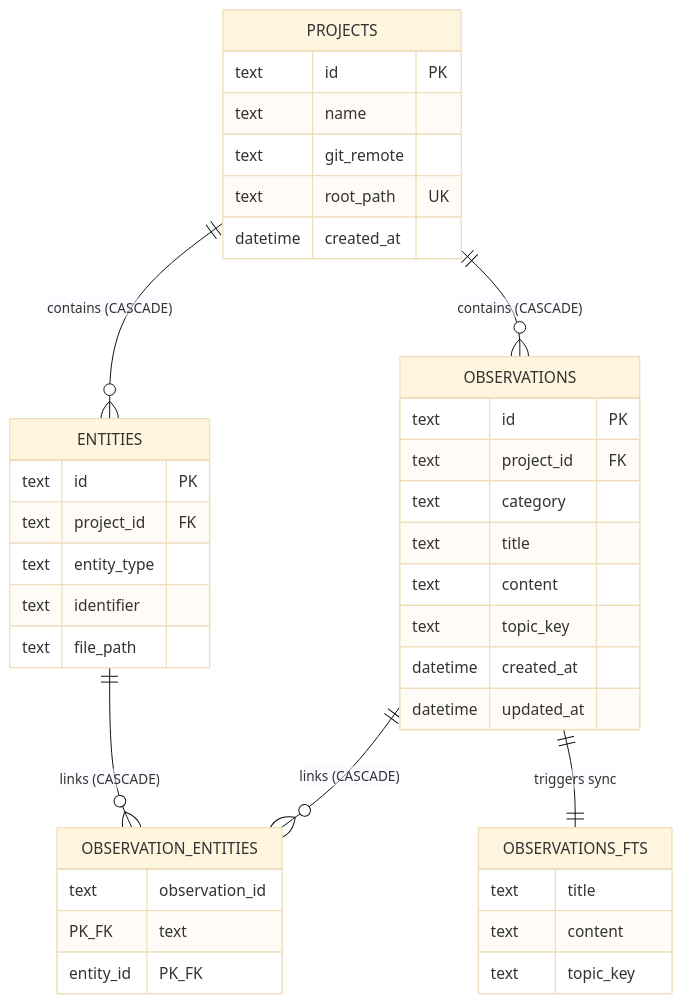
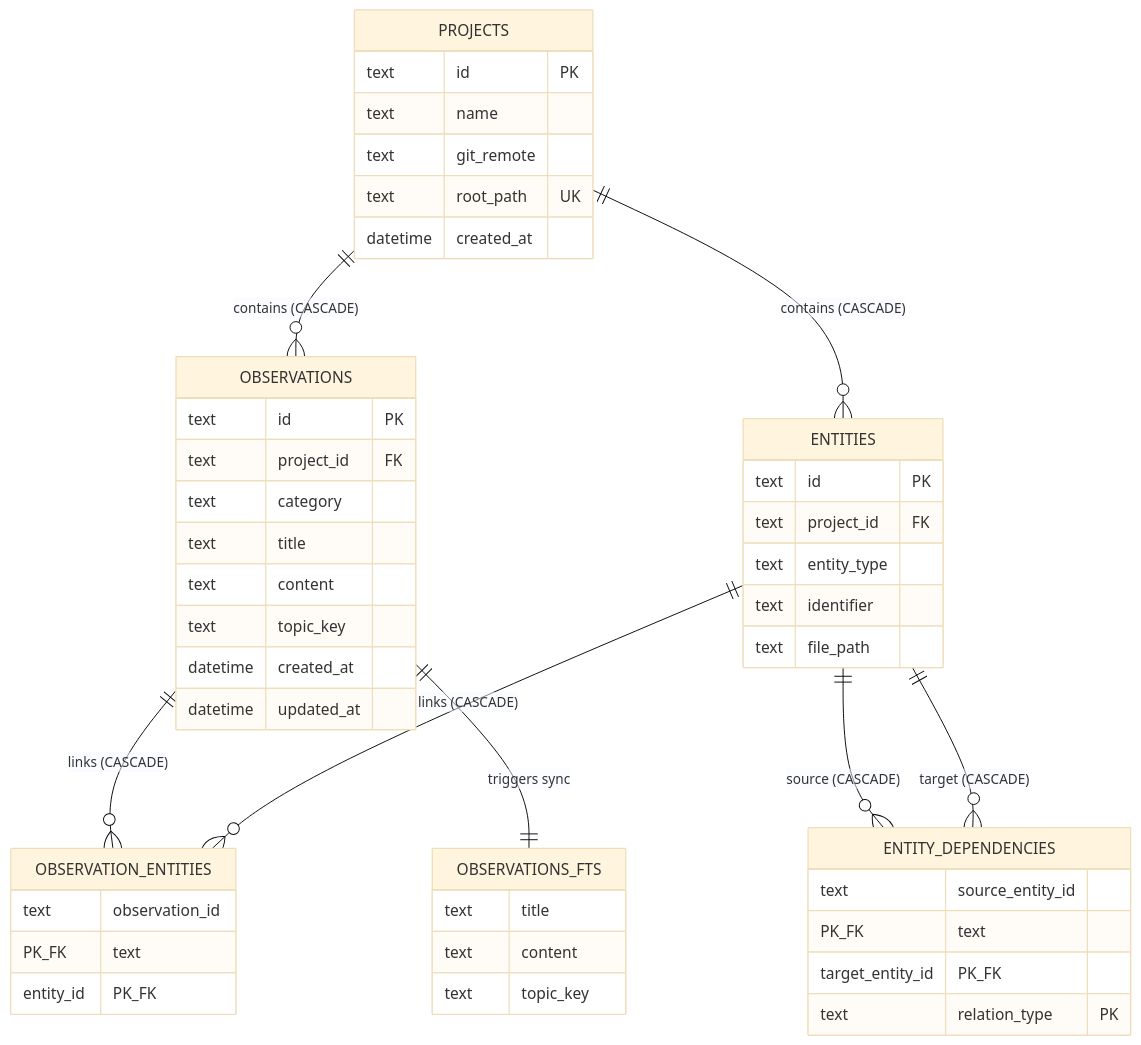
Before and after one commit to dahch/huginn: the tenth of 18 diagrams in DESIGN.md, drawn with Mermaid (base theme). The commit also changed other lines of this file, not shown here.

Commit message:
docs(design): document Phase 2 architecture, compiler contracts, and AST indexer

````diff
--- a/DESIGN.md
+++ b/DESIGN.md
@@ -575,42 +586,49 @@
 ```mermaid
 erDiagram
     PROJECTS ||--o{ OBSERVATIONS : "contains (CASCADE)"
     PROJECTS ||--o{ ENTITIES : "contains (CASCADE)"
     OBSERVATIONS ||--o{ OBSERVATION_ENTITIES : "links (CASCADE)"
     ENTITIES ||--o{ OBSERVATION_ENTITIES : "links (CASCADE)"
+    ENTITIES ||--o{ ENTITY_DEPENDENCIES : "source (CASCADE)"
+    ENTITIES ||--o{ ENTITY_DEPENDENCIES : "target (CASCADE)"
     OBSERVATIONS ||--|| OBSERVATIONS_FTS : "triggers sync"
 
     PROJECTS {
         text id PK
         text name
         text git_remote
         text root_path UK
         datetime created_at
     }
     OBSERVATIONS {
         text id PK
         text project_id FK
         text category
         text title
         text content
         text topic_key
         datetime created_at
         datetime updated_at
     }
     ENTITIES {
         text id PK
         text project_id FK
         text entity_type
         text identifier
         text file_path
     }
     OBSERVATION_ENTITIES {
         text observation_id PK_FK
         text entity_id PK_FK
     }
+    ENTITY_DEPENDENCIES {
+        text source_entity_id PK_FK
+        text target_entity_id PK_FK
+        text relation_type PK
+    }
     OBSERVATIONS_FTS {
         text title
         text content
         text topic_key
     }
 ```
````
